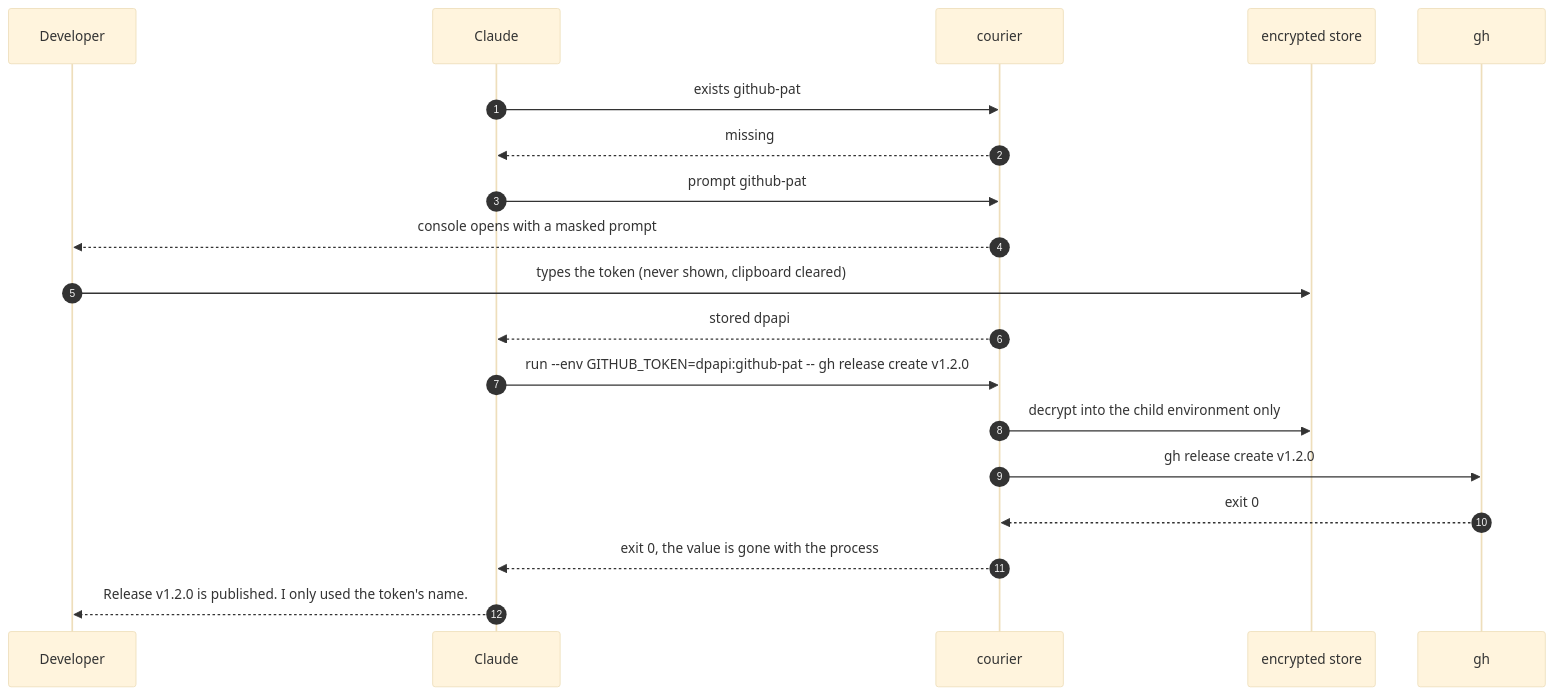
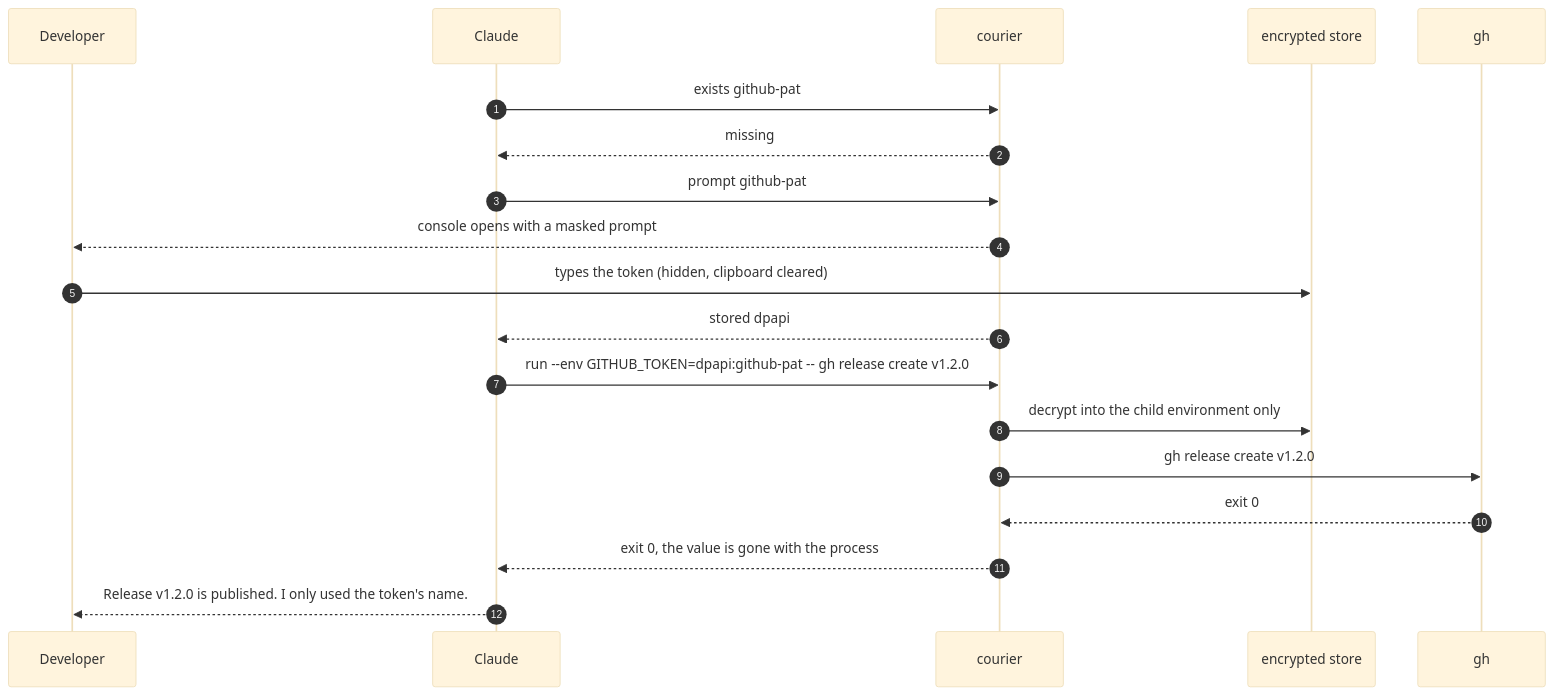
One commit to rankinbc/Secret-Courier-Claude changed the second of 3 diagrams in README.md. Above: the diagram before and after it, drawn with Mermaid (base theme). The commit also changed other lines of this file, not shown here.

````diff
--- a/README.md
+++ b/README.md
@@ -106,22 +95,22 @@
 ```mermaid
 sequenceDiagram
     autonumber
     participant D as Developer
     participant C as Claude
     participant O as courier
     participant S as encrypted store
     participant G as gh
 
     C->>O: exists github-pat
     O-->>C: missing
     C->>O: prompt github-pat
     O-->>D: console opens with a masked prompt
-    D->>S: types the token (never shown, clipboard cleared)
+    D->>S: types the token (hidden, clipboard cleared)
     O-->>C: stored dpapi
     C->>O: run --env GITHUB_TOKEN=dpapi:github-pat -- gh release create v1.2.0
     O->>S: decrypt into the child environment only
     O->>G: gh release create v1.2.0
     G-->>O: exit 0
     O-->>C: exit 0, the value is gone with the process
     C-->>D: Release v1.2.0 is published. I only used the token's name.
 ```
````
